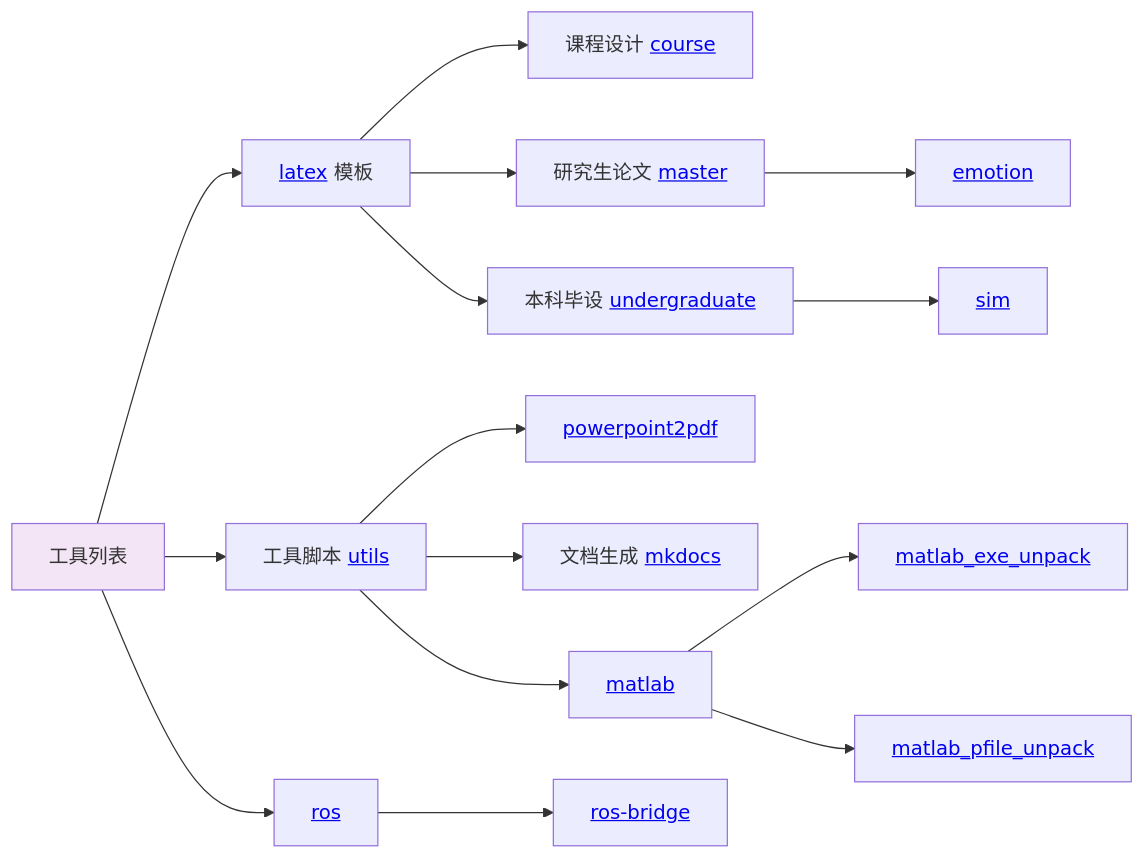
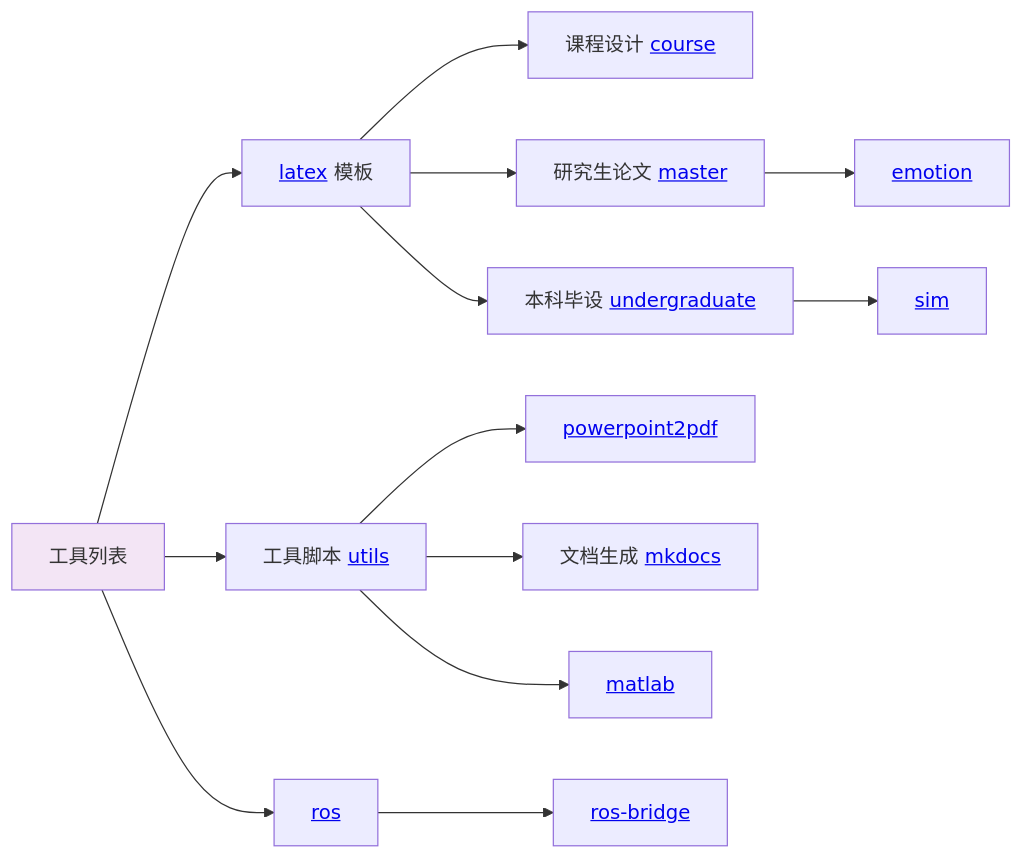
The third of 3 diagrams in README.md (OpenHUTB/.github), drawn with Mermaid before and after one commit. The commit also changed other lines of this file and 5 other files, not shown here.

````diff
--- a/README.md
+++ b/README.md
@@ -105,19 +105,17 @@
 ```mermaid
 graph LR
     A[工具列表] --> B[<a href='https://github.com/OpenHUTB/latex'>latex</a> 模板]
     B --> C[课程设计 <a href='https://github.com/OpenHUTB/course'>course</a>]
     B --> D[研究生论文 <a href='https://github.com/OpenHUTB/master'>master</a>]
     B --> E[本科毕设 <a href='https://github.com/OpenHUTB/undergraduate'>undergraduate</a>]
     E --> M[<a href='https://github.com/OpenHUTB/powerpoint2pdf'>sim</a>]
     D --> N[<a href='https://github.com/OpenHUTB/emotion'>emotion</a>]
     G --> F[<a href='https://github.com/OpenHUTB/powerpoint2pdf'>powerpoint2pdf</a>]
     A --> G[工具脚本 <a href='https://github.com/OpenHUTB/utils'>utils</a>]
     G --> O[文档生成 <a href='https://github.com/OpenHUTB/mkdocs'>mkdocs</a>]
     G --> H[<a href='https://github.com/OpenHUTB/matlab'>matlab</a>]
-    H --> I[<a href='https://github.com/OpenHUTB/matlab_exe_unpack'>matlab_exe_unpack</a>]
-    H --> J[<a href='https://github.com/OpenHUTB/matlab_pfile_unpack'>matlab_pfile_unpack</a>]
     A --> K[<a href='https://github.com/OpenHUTB/ros'>ros</a>]
     K --> L[<a href='https://github.com/OpenHUTB/ros-bridge'>ros-bridge</a>]
 
     style A fill:#f3e5f5
 ```
````
